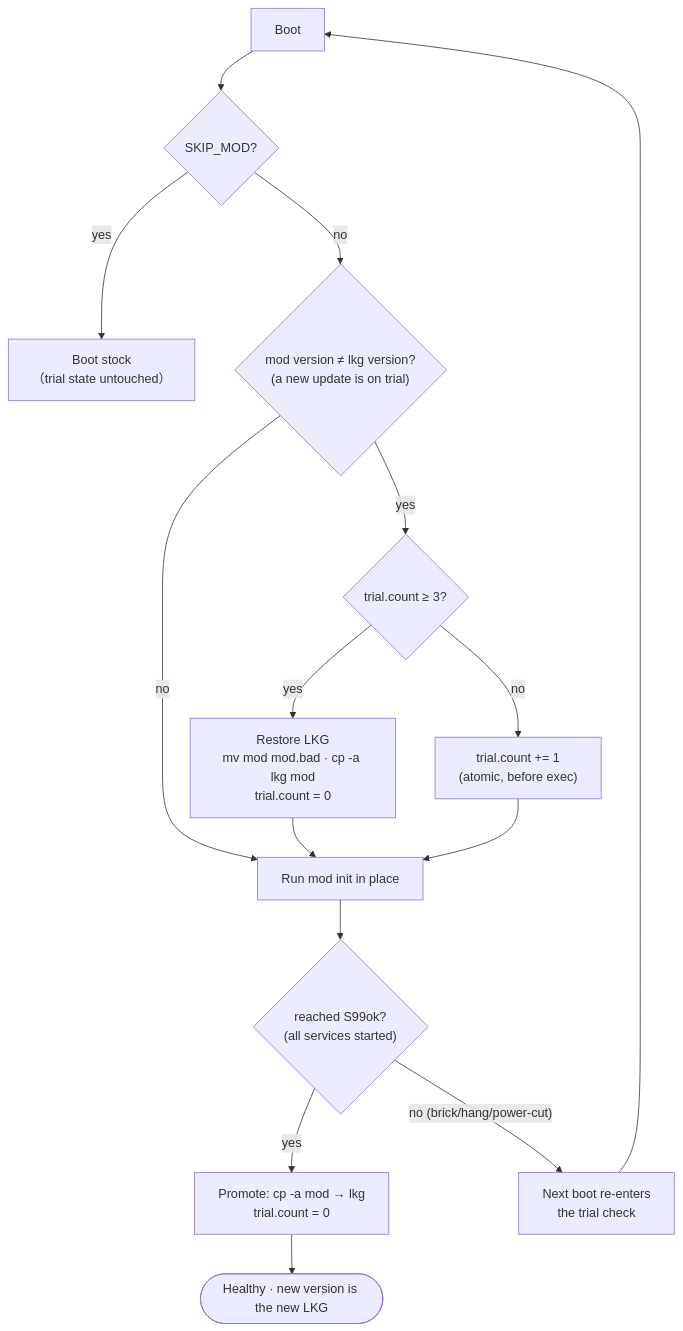
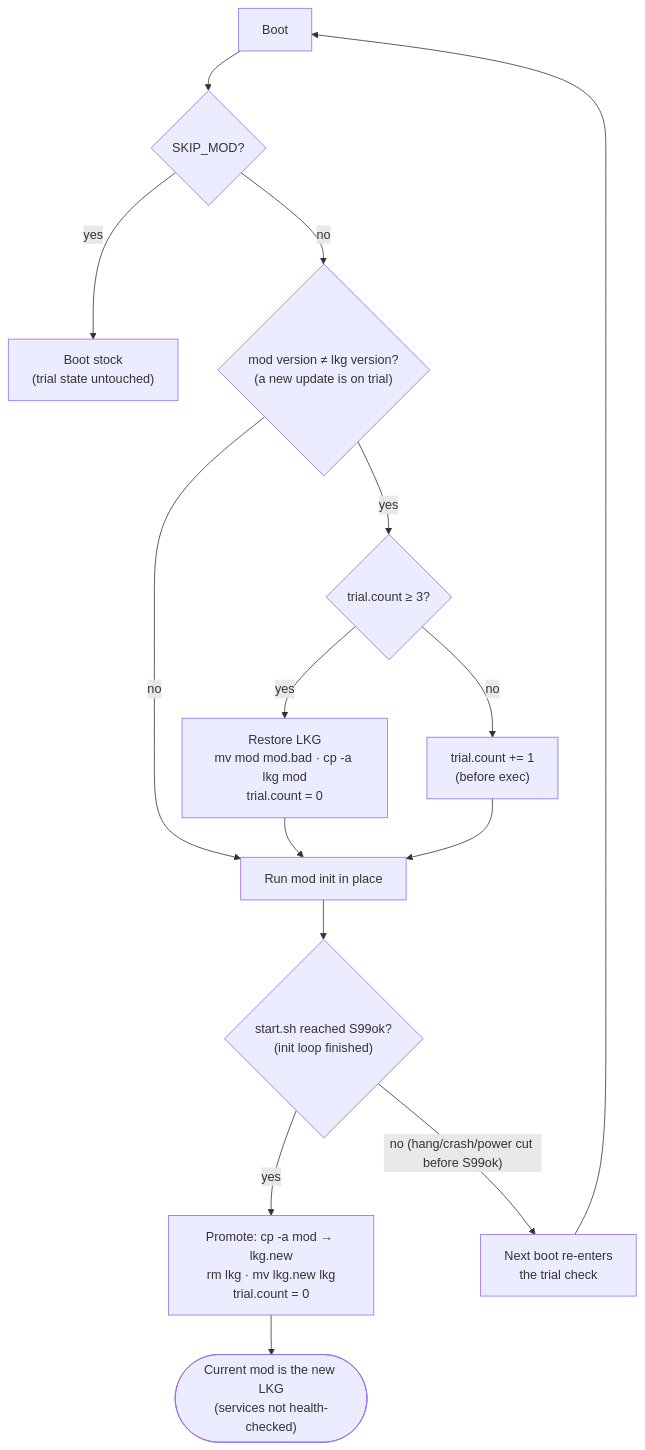
One commit to maci0/reforge changed the third of 3 diagrams in docs/ota.md. Above: the diagram before and after it, drawn with Mermaid. The commit also changed other lines of this file and 105 other files, not shown here.

````diff
--- a/docs/ota.md
+++ b/docs/ota.md
@@ -88,17 +99,17 @@
 ```mermaid
 flowchart TD
     A[Boot] --> B{"SKIP_MOD?"}
-    B -- yes --> Z[Boot stock<br/>（trial state untouched）]
+    B -- yes --> Z["Boot stock<br/>(trial state untouched)"]
     B -- no --> C{"mod version ≠ lkg version?<br/>(a new update is on trial)"}
     C -- no --> G[Run mod init in place]
     C -- yes --> D{"trial.count ≥ 3?"}
     D -- yes --> E["Restore LKG<br/>mv mod mod.bad · cp -a lkg mod<br/>trial.count = 0"]
-    D -- no --> F["trial.count += 1<br/>(atomic, before exec)"]
+    D -- no --> F["trial.count += 1<br/>(before exec)"]
     E --> G
     F --> G
-    G --> H{"reached S99ok?<br/>(all services started)"}
-    H -- yes --> I["Promote: cp -a mod → lkg<br/>trial.count = 0"]
-    H -- "no (brick/hang/power-cut)" --> J[Next boot re-enters<br/>the trial check]
+    G --> H{"start.sh reached S99ok?<br/>(init loop finished)"}
+    H -- yes --> I["Promote: cp -a mod → lkg.new<br/>rm lkg · mv lkg.new lkg<br/>trial.count = 0"]
+    H -- "no (hang/crash/power cut before S99ok)" --> J[Next boot re-enters<br/>the trial check]
     J --> A
-    I --> K([Healthy · new version is the new LKG])
+    I --> K(["Current mod is the new LKG<br/>(services not health-checked)"])
 ```
````
